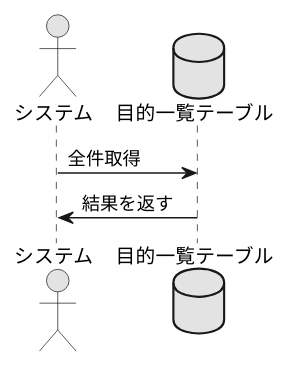
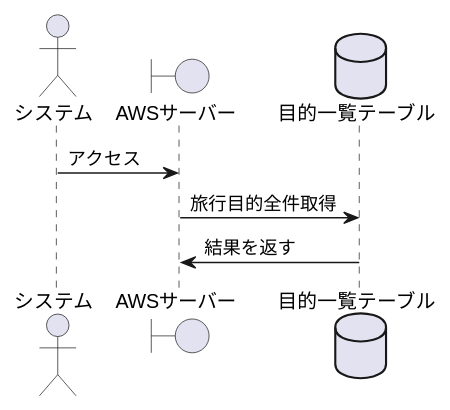
Before and after one commit to teamack20172020/sotukenTest: the diagram in 設計書/シーケンス図/済：システム2：目的一覧をDBから取得する.pu, drawn with PlantUML.

Commit message:
目的地一覧をDBから取得するのシーケンス図修正

```diff
--- a/設計書/シーケンス図/済：システム2：目的一覧をDBから取得する.pu
+++ b/設計書/シーケンス図/済：システム2：目的一覧をDBから取得する.pu
@@ -1,11 +1,13 @@
 @startuml
 
-skinparam monochrome true
+actor システム
 
-actor システム
+boundary AWSサーバー
+
 database 目的一覧テーブル as DB
 
-システム -> DB : 全件取得
-システム <- DB : 結果を返す
+システム -> AWSサーバー : アクセス
+AWSサーバー -> DB : 旅行目的全件取得
+AWSサーバー <- DB : 結果を返す
 
 @enduml
```
